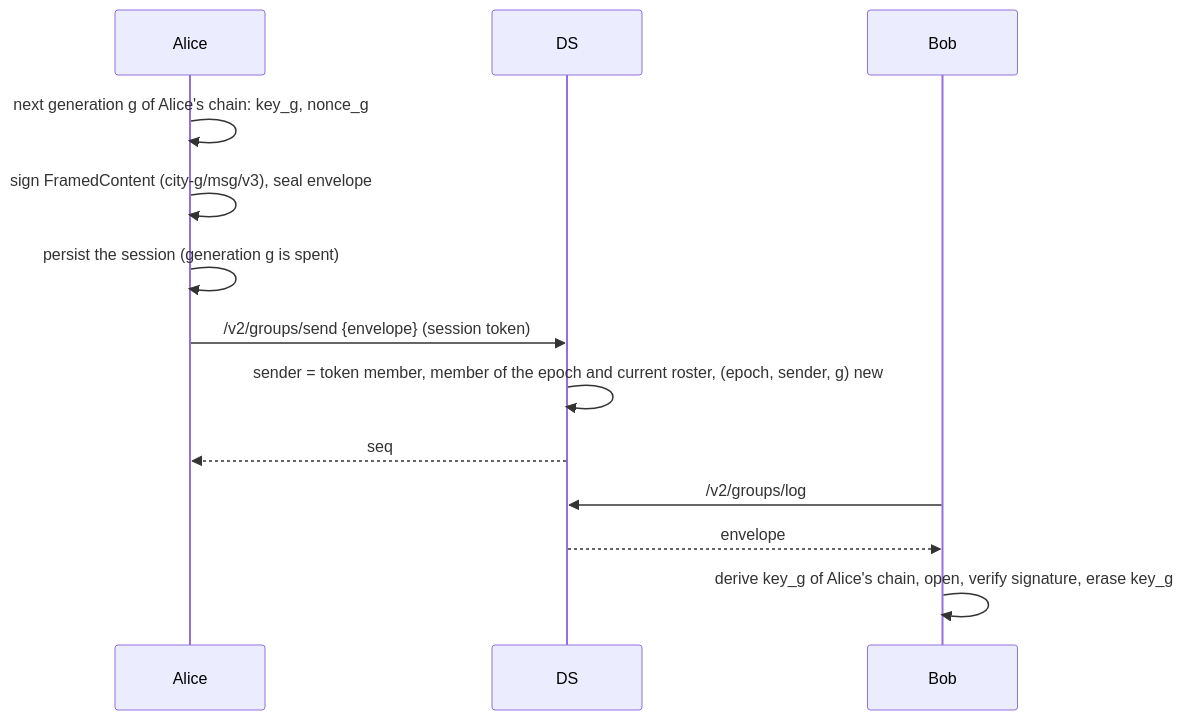
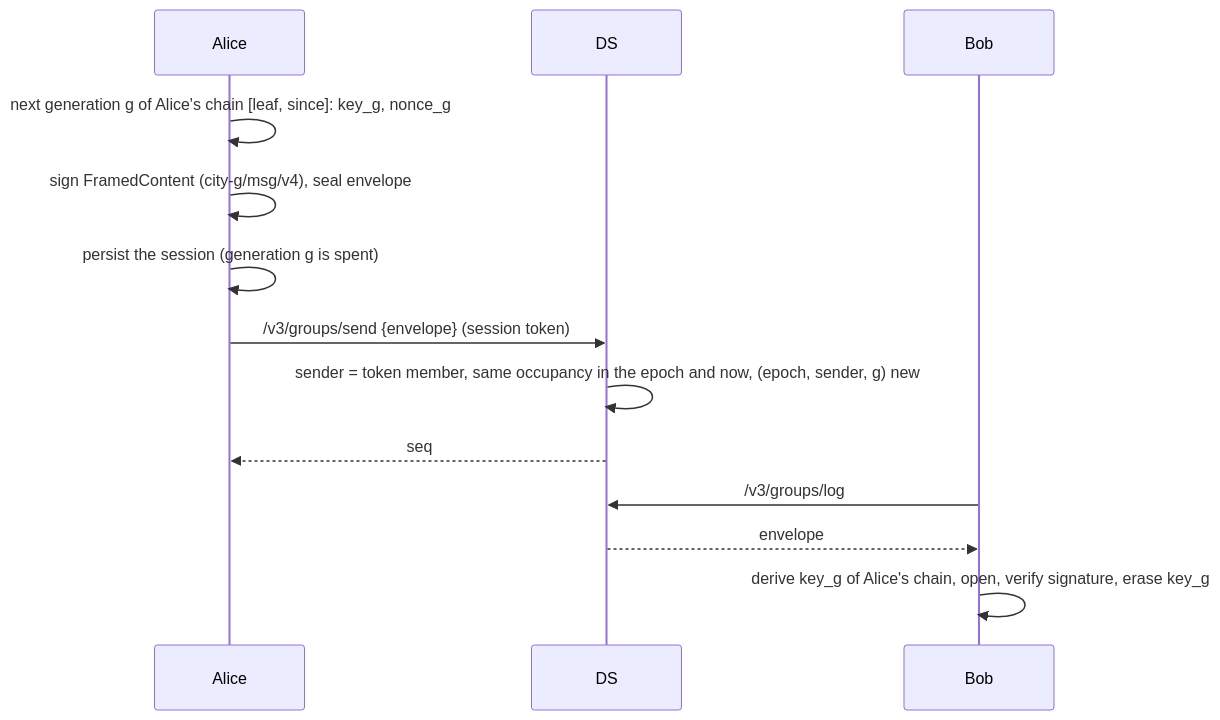
Before and after one commit to pwnsdx/cityg: the fourth of 10 diagrams in docs/workflows.md, drawn with Mermaid. The commit also changed other lines of this file and 166 other files, not shown here.

````diff
--- a/docs/workflows.md
+++ b/docs/workflows.md
@@ -51,15 +78,15 @@
 ```mermaid
 sequenceDiagram
     participant A as Alice
     participant DS
     participant B as Bob
-    A->>A: next generation g of Alice's chain: key_g, nonce_g
-    A->>A: sign FramedContent (city-g/msg/v3), seal envelope
+    A->>A: next generation g of Alice's chain [leaf, since]: key_g, nonce_g
+    A->>A: sign FramedContent (city-g/msg/v4), seal envelope
     A->>A: persist the session (generation g is spent)
-    A->>DS: /v2/groups/send {envelope} (session token)
-    DS->>DS: sender = token member, member of the epoch and current roster, (epoch, sender, g) new
+    A->>DS: /v3/groups/send {envelope} (session token)
+    DS->>DS: sender = token member, same occupancy in the epoch and now, (epoch, sender, g) new
     DS-->>A: seq
-    B->>DS: /v2/groups/log
+    B->>DS: /v3/groups/log
     DS-->>B: envelope
     B->>B: derive key_g of Alice's chain, open, verify signature, erase key_g
 ```
````
